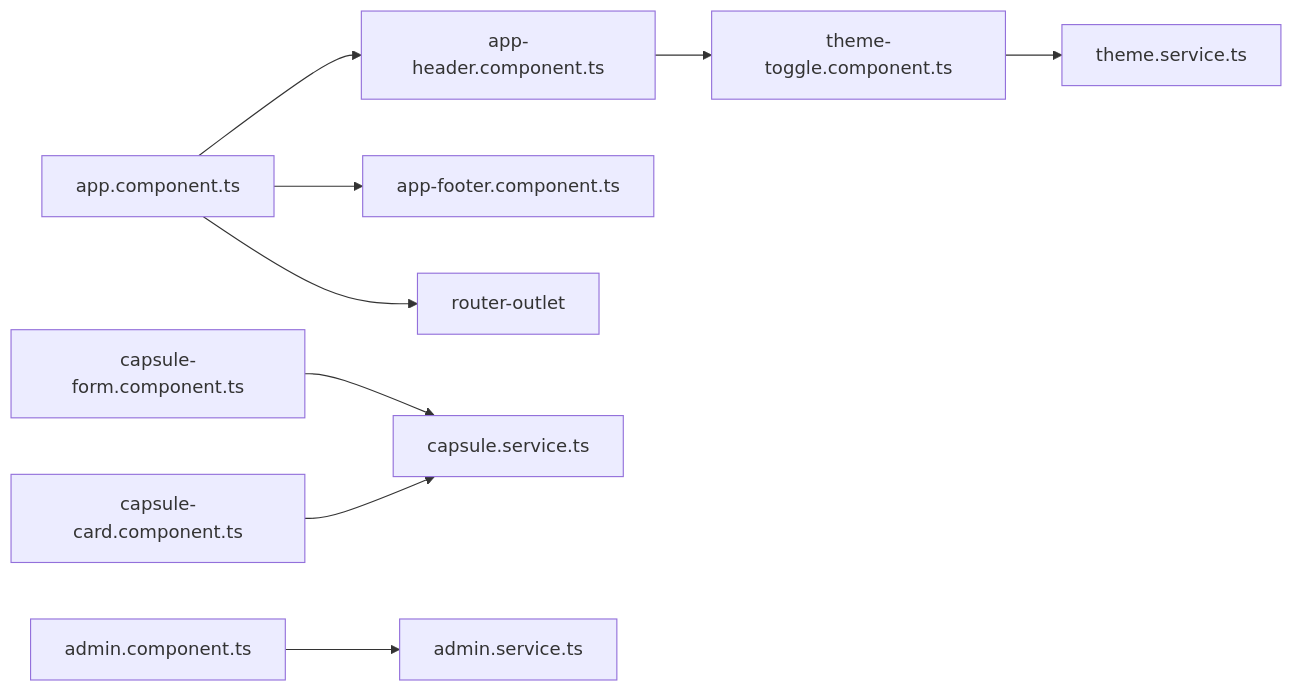
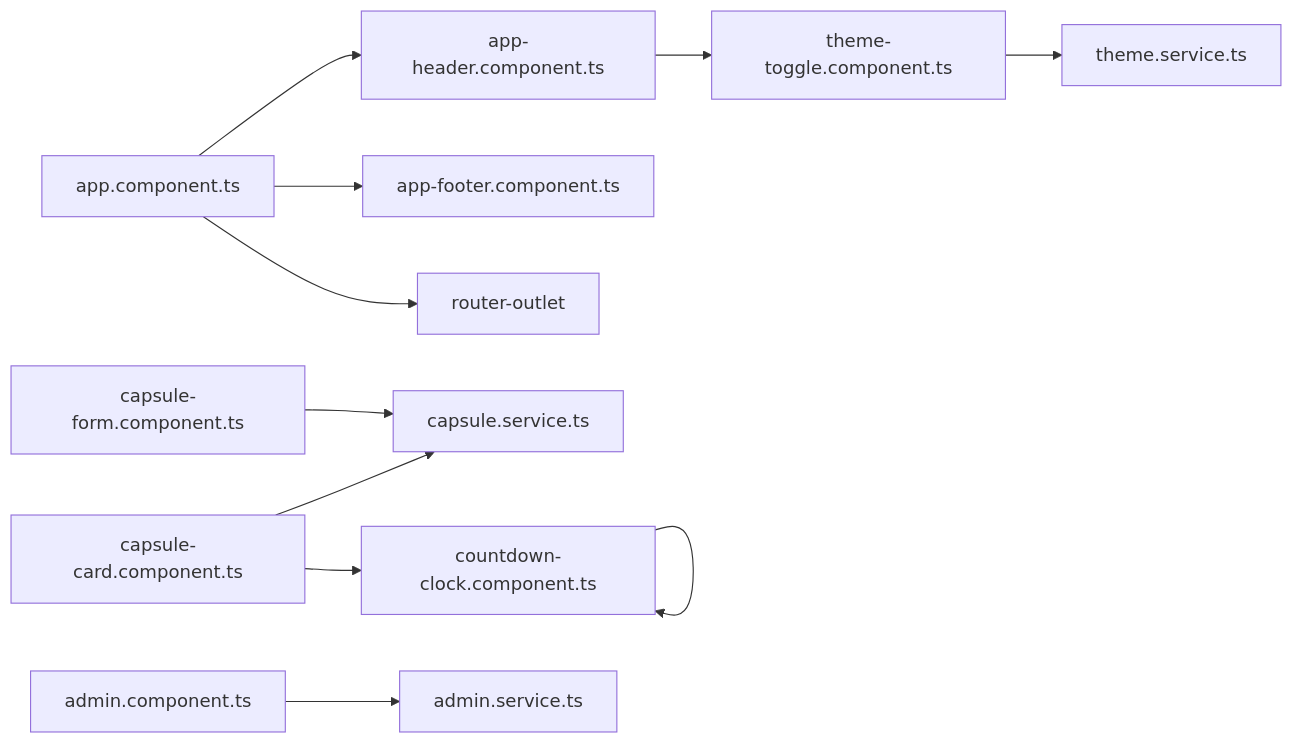
Before and after one commit to alexy2008/TimeCapsule: the tenth of 10 diagrams in .qoder/repowiki/zh/content/前端实现详解/Angular 实现/组件系统架构/组件系统架构.md, drawn with Mermaid. The commit also changed other lines of this file and 22 other files, not shown here.

````diff
--- a/.qoder/repowiki/zh/content/前端实现详解/Angular 实现/组件系统架构/组件系统架构.md
+++ b/.qoder/repowiki/zh/content/前端实现详解/Angular 实现/组件系统架构/组件系统架构.md
@@ -375,11 +456,13 @@
 ```mermaid
 graph LR
 ROOT["app.component.ts"] --> HEADER["app-header.component.ts"]
 ROOT --> FOOTER["app-footer.component.ts"]
 ROOT --> ROUTER["router-outlet"]
 HEADER --> THEME_TOGGLE["theme-toggle.component.ts"]
 THEME_TOGGLE --> THEME_SVC["theme.service.ts"]
 CAPSULE_FORM["capsule-form.component.ts"] --> CAPSULE_SVC["capsule.service.ts"]
-CAPSULE_CARD["capsule-card.component.ts"] --> CAPSULE_SVC
+CAPSULE_CARD["capsule-card.component.ts"] --> CAPSULE_SVC["capsule.service.ts"]
+CAPSULE_CARD --> COUNTDOWN_CLOCK["countdown-clock.component.ts"]
+COUNTDOWN_CLOCK --> COUNTDOWN_CLOCK
 ADMIN_VIEW["admin.component.ts"] --> ADMIN_SVC["admin.service.ts"]
 ```
````
